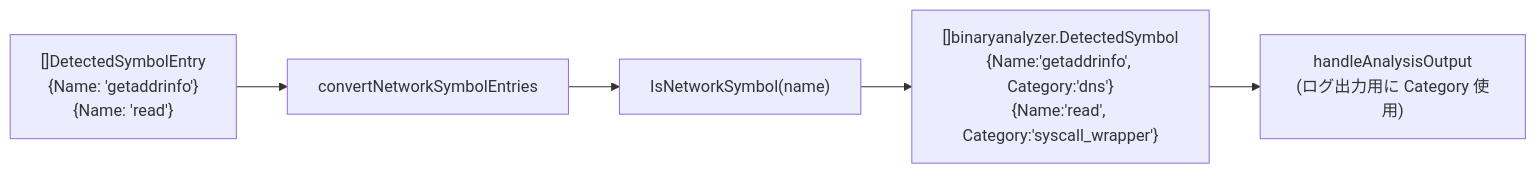
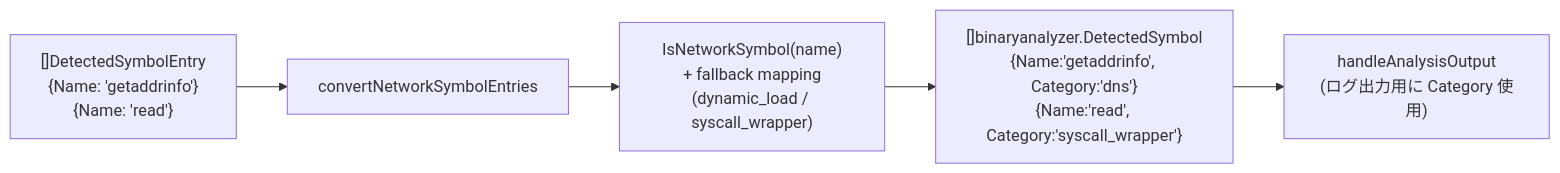
One commit to isseis/go-safe-cmd-runner changed the fifth of 6 diagrams in docs/tasks/0110_remove_record_risk_classification/02_architecture.md. Above: the diagram before and after it, drawn with Mermaid. The commit also changed other lines of this file and 2 other files, not shown here.

````diff
--- a/docs/tasks/0110_remove_record_risk_classification/02_architecture.md
+++ b/docs/tasks/0110_remove_record_risk_classification/02_architecture.md
@@ -183,13 +184,13 @@
 ```mermaid
 flowchart LR
     A["[]DetectedSymbolEntry<br>{Name: 'getaddrinfo'}<br>{Name: 'read'}"]
     B["convertNetworkSymbolEntries"]
-    C["IsNetworkSymbol(name)"]
+    C["IsNetworkSymbol(name)<br>+ fallback mapping<br>(dynamic_load / syscall_wrapper)"]
     D["[]binaryanalyzer.DetectedSymbol<br>{Name:'getaddrinfo', Category:'dns'}<br>{Name:'read', Category:'syscall_wrapper'}"]
     E["handleAnalysisOutput<br>(ログ出力用に Category 使用)"]
 
     A --> B
     B --> C
     C --> D
     D --> E
 ```
````
